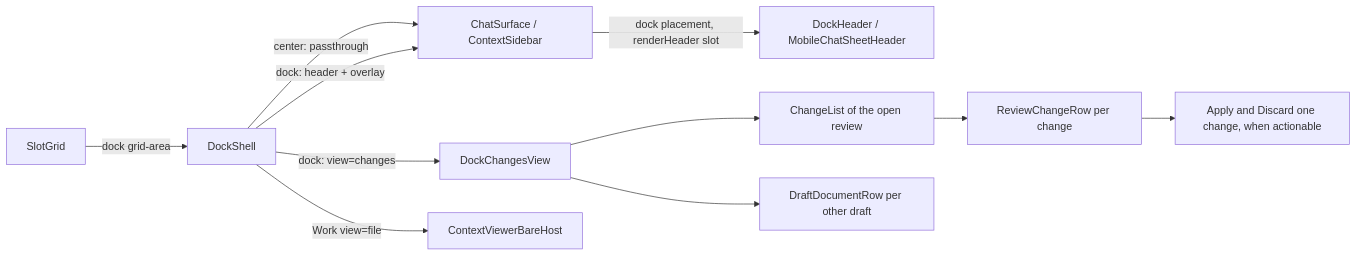
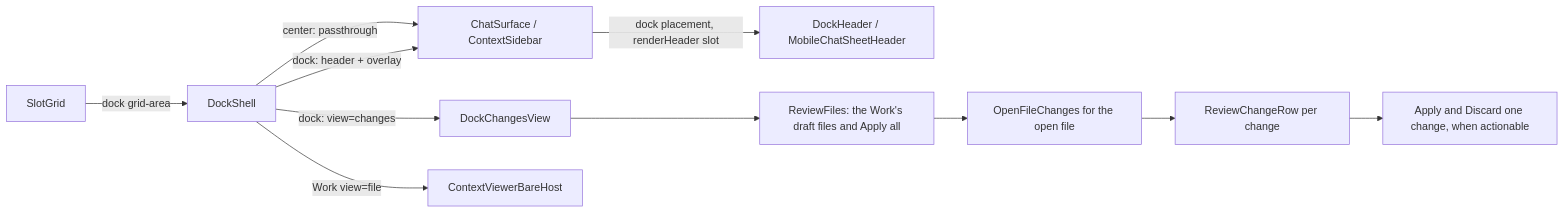
One commit to haowjy/meridian-flow changed the diagram in apps/app/src/features/project/dock/.context/CONTEXT.md. Above: the diagram before and after it, drawn with Mermaid. The commit also changed other lines of this file and 11 other files, not shown here.

First line of the commit message:
fix(draft-review): finish the merged review fixes

````diff
--- a/apps/app/src/features/project/dock/.context/CONTEXT.md
+++ b/apps/app/src/features/project/dock/.context/CONTEXT.md
@@ -130,13 +135,13 @@
 ```mermaid
 flowchart LR
     Grid[SlotGrid] -->|dock grid-area| DockShell
     DockShell -->|center: passthrough| Occupant[ChatSurface / ContextSidebar]
     DockShell -->|dock: header + overlay| Occupant
 DockShell -->|dock: view=changes| Changes[DockChangesView]
 DockShell -->|Work view=file| File[ContextViewerBareHost]
     Occupant -->|dock placement, renderHeader slot| Header[DockHeader / MobileChatSheetHeader]
-    Changes --> List[ChangeList of the open review]
-    List --> Row[ReviewChangeRow per change]
+    Changes --> Files[ReviewFiles: the Work's draft files and Apply all]
+    Files --> Open[OpenFileChanges for the open file]
+    Open --> Row[ReviewChangeRow per change]
     Row --> Verbs[Apply and Discard one change, when actionable]
-    Changes --> Other[DraftDocumentRow per other draft]
 ```
````
